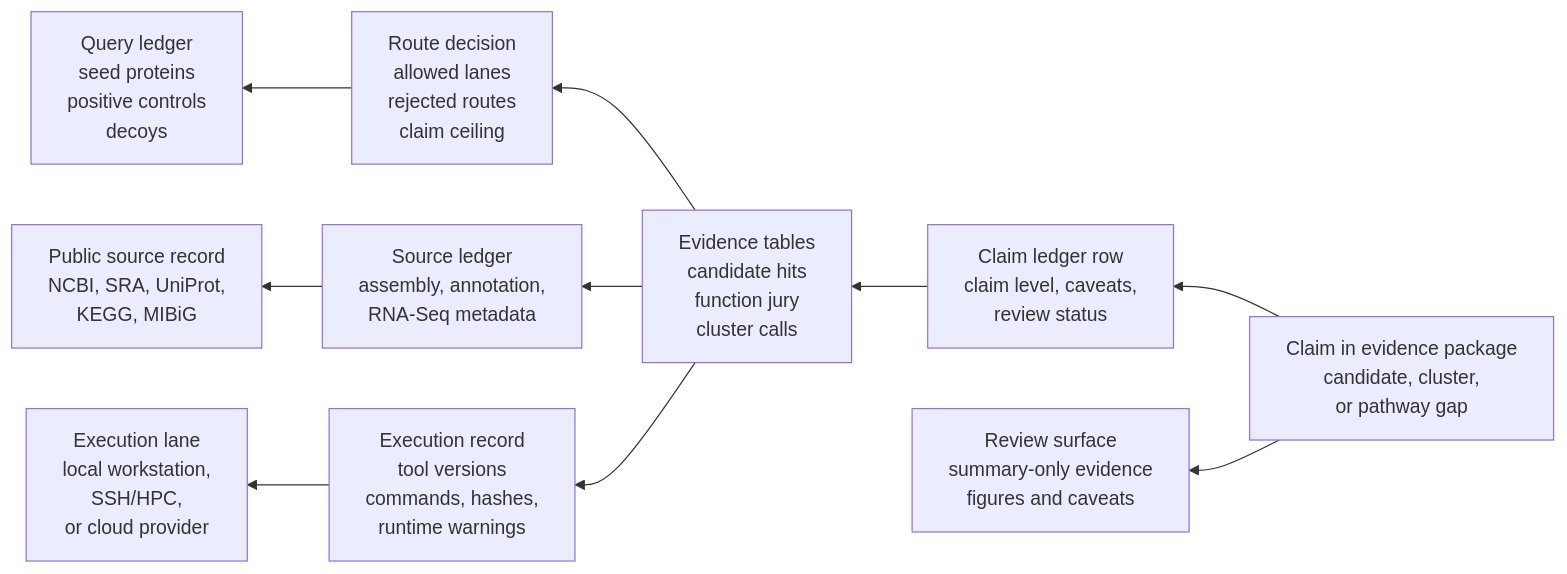
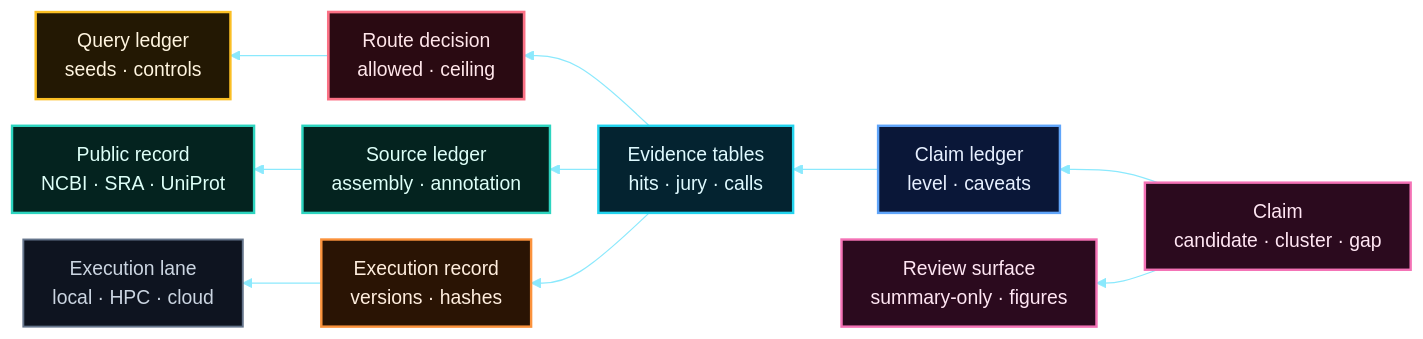
The diagram in docs/diagrams/genecluster-provenance-traceback.mmd (BioSymphony/genecluster), drawn with Mermaid before and after one commit. The commit also changed 30 other files, not shown here.

First line of the commit message:
Redesign docs diagrams in synth-lab style; add six new diagrams

```diff
--- a/docs/diagrams/genecluster-provenance-traceback.mmd
+++ b/docs/diagrams/genecluster-provenance-traceback.mmd
@@ -1,11 +1,25 @@
+%%{init: {"theme":"base","themeVariables":{"lineColor":"#8be9fd","fontSize":"16px","edgeLabelBackground":"#0a1024"},"flowchart":{"htmlLabels":true,"useMaxWidth":true,"diagramPadding":24,"padding":12,"nodeSpacing":22,"rankSpacing":40}}}%%
 flowchart RL
-  CLAIM["Claim in evidence package<br/>candidate, cluster,<br/>or pathway gap"]
-  CLAIM --> LEDGER["Claim ledger row<br/>claim level, caveats,<br/>review status"]
-  LEDGER --> EVIDENCE["Evidence tables<br/>candidate hits<br/>function jury<br/>cluster calls"]
-  EVIDENCE --> ROUTE["Route decision<br/>allowed lanes<br/>rejected routes<br/>claim ceiling"]
-  ROUTE --> QUERY["Query ledger<br/>seed proteins<br/>positive controls<br/>decoys"]
-  EVIDENCE --> SOURCE["Source ledger<br/>assembly, annotation,<br/>RNA-Seq metadata"]
-  EVIDENCE --> RUN["Execution record<br/>tool versions<br/>commands, hashes,<br/>runtime warnings"]
-  RUN --> PROVIDER["Execution lane<br/>local workstation,<br/>SSH/HPC,<br/>or cloud provider"]
-  SOURCE --> PUBLIC["Public source record<br/>NCBI, SRA, UniProt,<br/>KEGG, MIBiG"]
-  CLAIM --> REVIEW["Review surface<br/>summary-only evidence<br/>figures and caveats"]
+  CLAIM["Claim<br/>candidate · cluster · gap"]:::output
+  LEDGER["Claim ledger<br/>level · caveats"]:::context
+  EVIDENCE["Evidence tables<br/>hits · jury · calls"]:::search
+  ROUTE["Route decision<br/>allowed · ceiling"]:::gate
+  QUERY["Query ledger<br/>seeds · controls"]:::query
+  SOURCE["Source ledger<br/>assembly · annotation"]:::source
+  PUBLIC["Public record<br/>NCBI · SRA · UniProt"]:::source
+  RUN["Execution record<br/>versions · hashes"]:::function
+  PROVIDER["Execution lane<br/>local · HPC · cloud"]:::heavy
+  REVIEW["Review surface<br/>summary-only · figures"]:::output
+  CLAIM --> LEDGER --> EVIDENCE
+  EVIDENCE --> ROUTE --> QUERY
+  EVIDENCE --> SOURCE --> PUBLIC
+  EVIDENCE --> RUN --> PROVIDER
+  CLAIM --> REVIEW
+  classDef source fill:#04231f,stroke:#2dd4bf,color:#defff8,stroke-width:2px;
+  classDef query fill:#231803,stroke:#fbbf24,color:#fff5e0,stroke-width:2px;
+  classDef search fill:#042330,stroke:#22d3ee,color:#dffaff,stroke-width:2px;
+  classDef context fill:#0a1738,stroke:#60a5fa,color:#e7f0ff,stroke-width:2px;
+  classDef function fill:#2a1404,stroke:#fb923c,color:#ffeede,stroke-width:2px;
+  classDef output fill:#2b0a1e,stroke:#f472b6,color:#ffe6f3,stroke-width:2px;
+  classDef gate fill:#2a0a12,stroke:#fb7185,color:#ffe6ea,stroke-width:2.2px;
+  classDef heavy fill:#0e1420,stroke:#64748b,color:#cbd5e1,stroke-width:1.6px;
```
